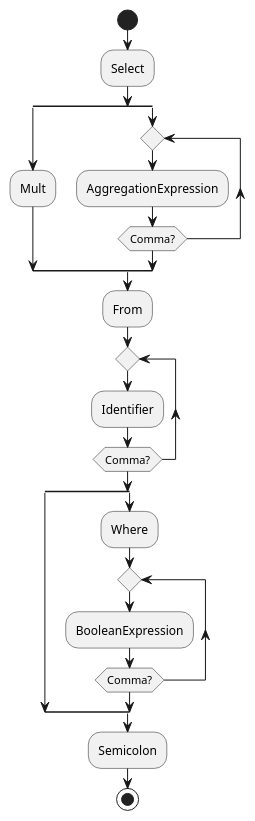
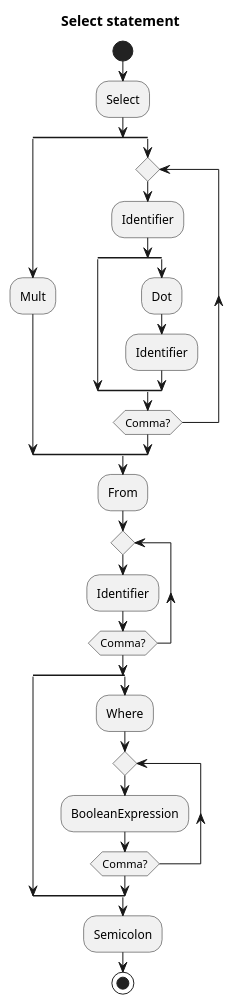
The first of 4 diagrams in dbms/query_lang_compiler_notes.md (lichterberci/rust_learning), drawn with PlantUML before and after one commit. The commit also changed other lines of this file, not shown here.

Commit message:
added boolean expression

````diff
--- a/dbms/query_lang_compiler_notes.md
+++ b/dbms/query_lang_compiler_notes.md
@@ -45,26 +45,32 @@
 ```puml
 @startuml Select statement
+title Select statement
 start
 :Select;
 split
 :Mult;
 split again
 repeat
-:AggregationExpression;
+:Identifier;
+split
+split again
+:Dot;
+:Identifier;
+end split
 repeat while (Comma?)
 end split
 :From;
 repeat
 :Identifier;
 repeat while (Comma?)
 split
 split again
 :Where;
 repeat
 :BooleanExpression;
 repeat while (Comma?)
 end split
 :Semicolon;
 stop
 @enduml
 ```
````
